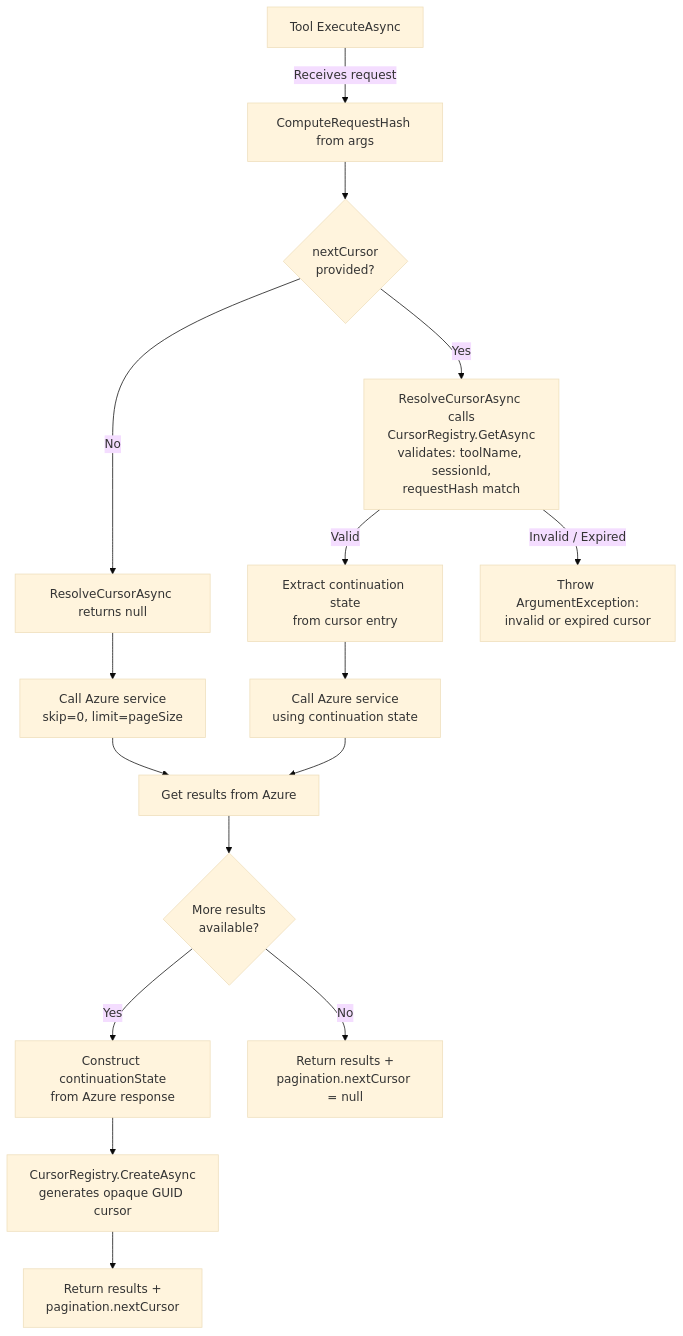
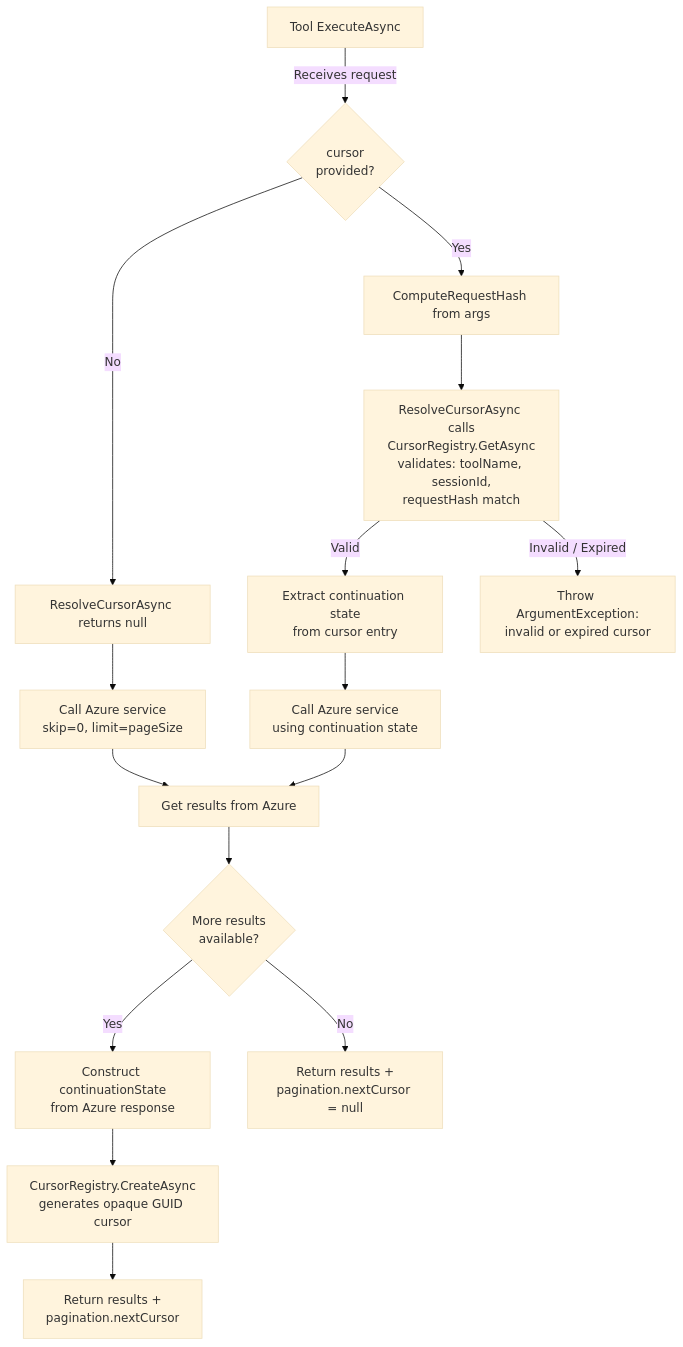
One commit to srnagar/mcp changed the second of 4 diagrams in docs/design/pagination-design-proposal.md. Above: the diagram before and after it, drawn with Mermaid (base theme). The commit also changed other lines of this file and 23 other files, not shown here.

````diff
--- a/docs/design/pagination-design-proposal.md
+++ b/docs/design/pagination-design-proposal.md
@@ -174,23 +191,23 @@
 ```mermaid
 flowchart TD
-    A["Tool ExecuteAsync"] -->|Receives request| B["ComputeRequestHash from args"]
-    B --> C{"nextCursor<br/>provided?"}
+    A["Tool ExecuteAsync"] -->|Receives request| C{"cursor<br/>provided?"}
     C -->|No| D["ResolveCursorAsync returns null"]
     D --> E["Call Azure service<br/>skip=0, limit=pageSize"]
 
-    C -->|Yes| F["ResolveCursorAsync calls<br/>CursorRegistry.GetAsync<br/>validates: toolName, sessionId,<br/>requestHash match"]
+    C -->|Yes| B["ComputeRequestHash from args"]
+    B --> F["ResolveCursorAsync calls<br/>CursorRegistry.GetAsync<br/>validates: toolName, sessionId,<br/>requestHash match"]
     F -->|Valid| G["Extract continuation state<br/>from cursor entry"]
     G --> H["Call Azure service<br/>using continuation state"]
 
     F -->|"Invalid / Expired"| P["Throw ArgumentException:<br/>invalid or expired cursor"]
 
     E --> I["Get results from Azure"]
     H --> I
 
     I --> J{"More results<br/>available?"}
     J -->|Yes| K["Construct continuationState<br/>from Azure response"]
     K --> L["CursorRegistry.CreateAsync<br/>generates opaque GUID cursor"]
     L --> M["Return results +<br/>pagination.nextCursor"]
 
     J -->|No| N["Return results +<br/>pagination.nextCursor = null"]
 ```
````
